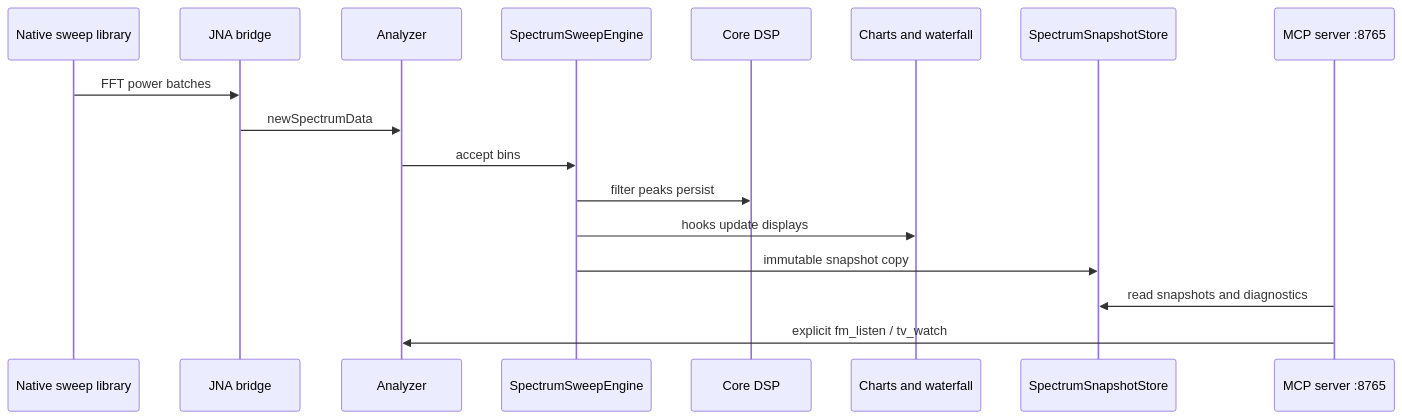
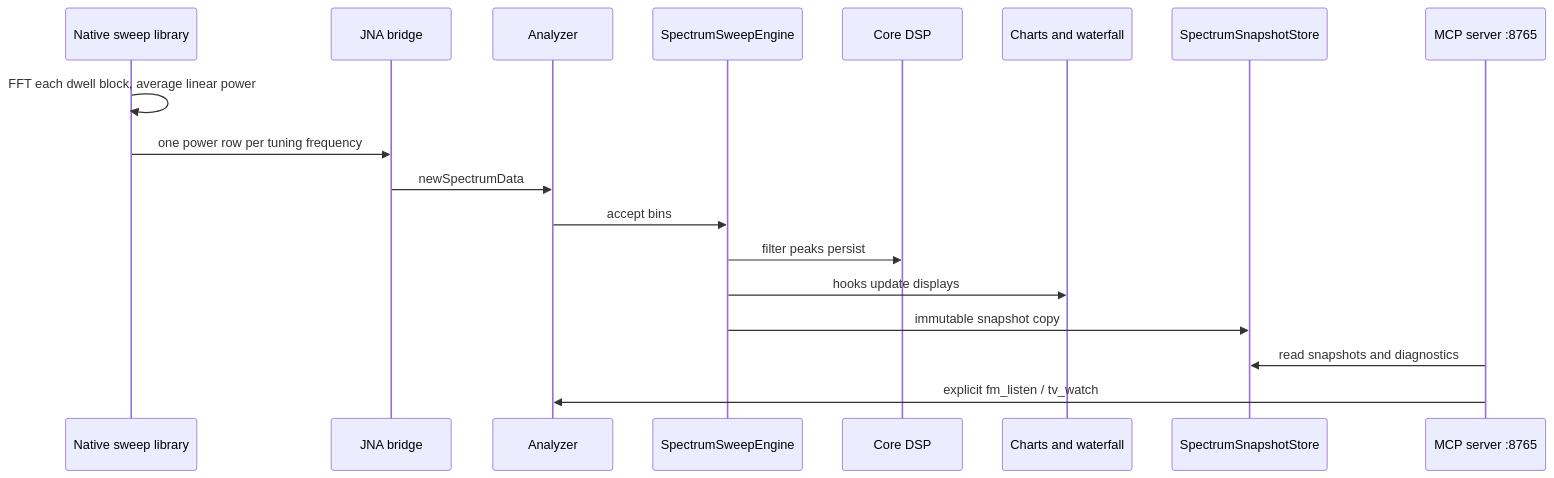
Before and after one commit to chris-piekarski/hot-iron: the second of 5 diagrams in docs/architecture.md, drawn with Mermaid. The commit also changed other lines of this file and 517 other files, not shown here.

````diff
--- a/docs/architecture.md
+++ b/docs/architecture.md
@@ -71,20 +71,21 @@
 ```mermaid
 sequenceDiagram
     participant Native as Native sweep library
     participant Bridge as JNA bridge
     participant Analyzer as Analyzer
     participant Engine as SpectrumSweepEngine
     participant DSP as Core DSP
     participant UI as Charts and waterfall
     participant Store as SpectrumSnapshotStore
     participant MCP as MCP server :8765
 
-    Native->>Bridge: FFT power batches
+    Native->>Native: FFT each dwell block, average linear power
+    Native->>Bridge: one power row per tuning frequency
     Bridge->>Analyzer: newSpectrumData
     Analyzer->>Engine: accept bins
     Engine->>DSP: filter peaks persist
     Engine->>UI: hooks update displays
     Engine->>Store: immutable snapshot copy
     MCP->>Store: read snapshots and diagnostics
     MCP->>Analyzer: explicit fm_listen / tv_watch
 ```
````
